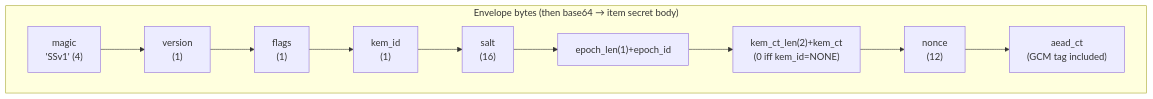
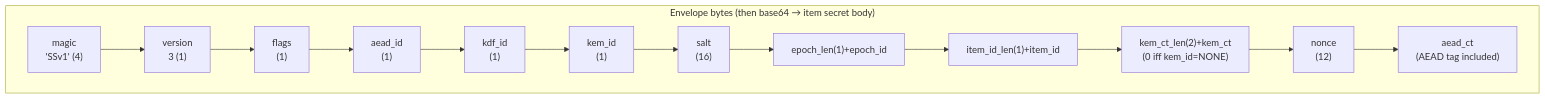
The first of 3 diagrams in docs/architecture/envelope-encryption.md (swiesend/secret-service), drawn with Mermaid before and after one commit. The commit also changed other lines of this file and 14 other files, not shown here.

First line of the commit message:
Docs: bring hardened docs to v3 (selectable AEAD, mlock via FFM, native KDF)

````diff
--- a/docs/architecture/envelope-encryption.md
+++ b/docs/architecture/envelope-encryption.md
@@ -9,7 +9,7 @@
 ```mermaid
 flowchart LR
     subgraph env["Envelope bytes (then base64 → item secret body)"]
       direction LR
-      magic["magic<br/>'SSv1' (4)"] --> ver["version<br/>(1)"] --> flags["flags<br/>(1)"] --> kid["kem_id<br/>(1)"] --> salt["salt<br/>(16)"] --> epoch["epoch_len(1)+epoch_id"] --> kemct["kem_ct_len(2)+kem_ct<br/>(0 iff kem_id=NONE)"] --> nonce["nonce<br/>(12)"] --> ct["aead_ct<br/>(GCM tag included)"]
+      magic["magic<br/>'SSv1' (4)"] --> ver["version<br/>3 (1)"] --> flags["flags<br/>(1)"] --> aid["aead_id<br/>(1)"] --> kdid["kdf_id<br/>(1)"] --> kid["kem_id<br/>(1)"] --> salt["salt<br/>(16)"] --> epoch["epoch_len(1)+epoch_id"] --> item["item_id_len(1)+item_id"] --> kemct["kem_ct_len(2)+kem_ct<br/>(0 iff kem_id=NONE)"] --> nonce["nonce<br/>(12)"] --> ct["aead_ct<br/>(AEAD tag included)"]
     end
 ```
````
